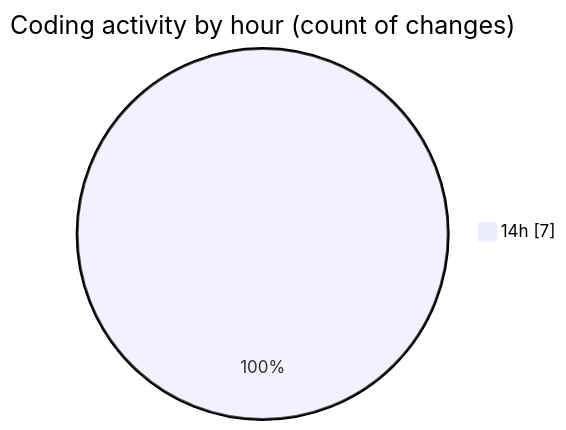
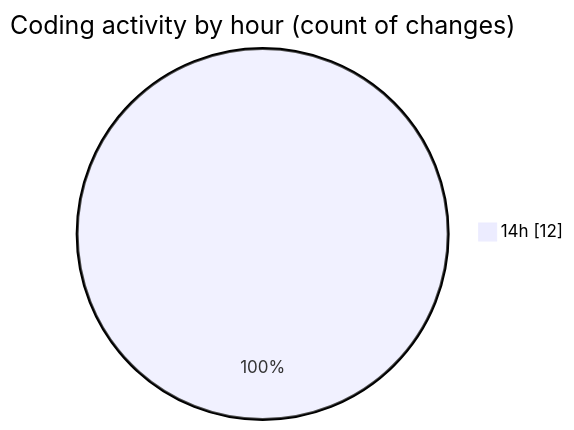
One commit to EIIisD/code-tracking changed the second of 2 diagrams in 2025-07-27/fish/README.md. Above: the diagram before and after it, drawn with Mermaid. The commit also changed other lines of this file and 1 other file, not shown here.

````diff
--- a/2025-07-27/fish/README.md
+++ b/2025-07-27/fish/README.md
@@ -28,5 +28,5 @@
 ```mermaid
 pie showData
 title Coding activity by hour (count of changes)
-"14h" : 7
+"14h" : 12
 ```
````
